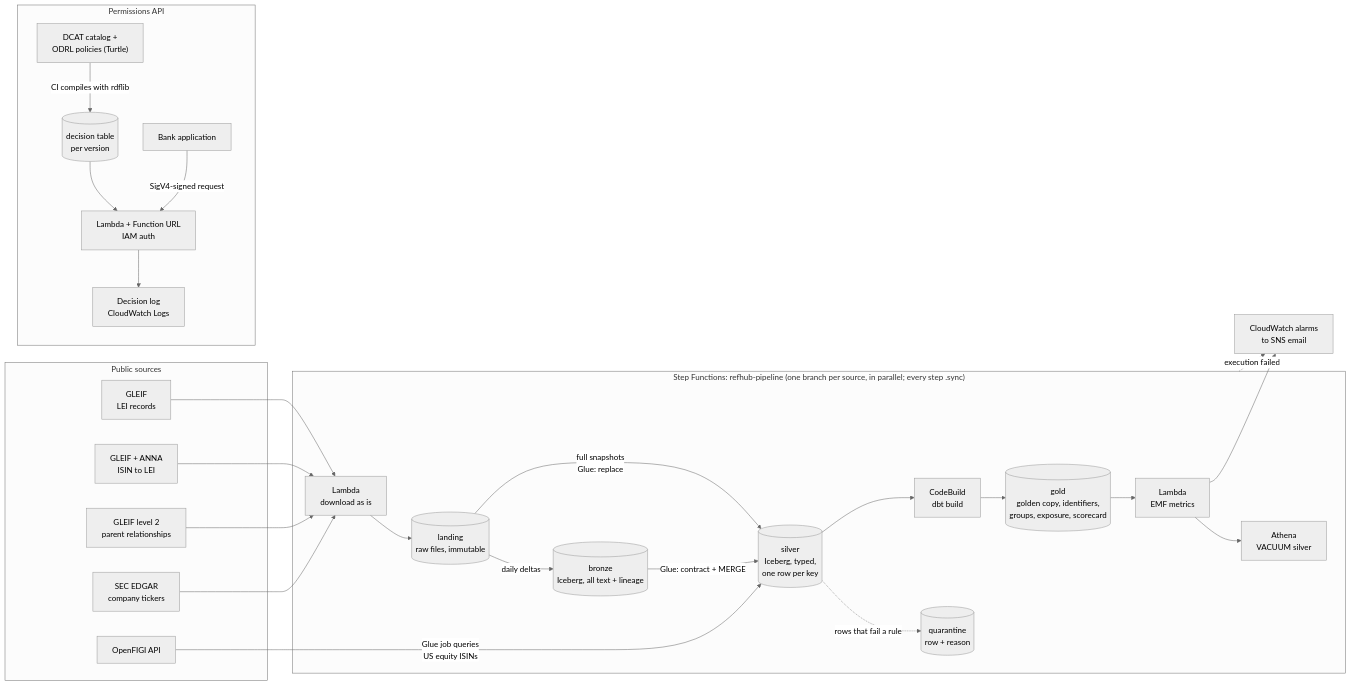
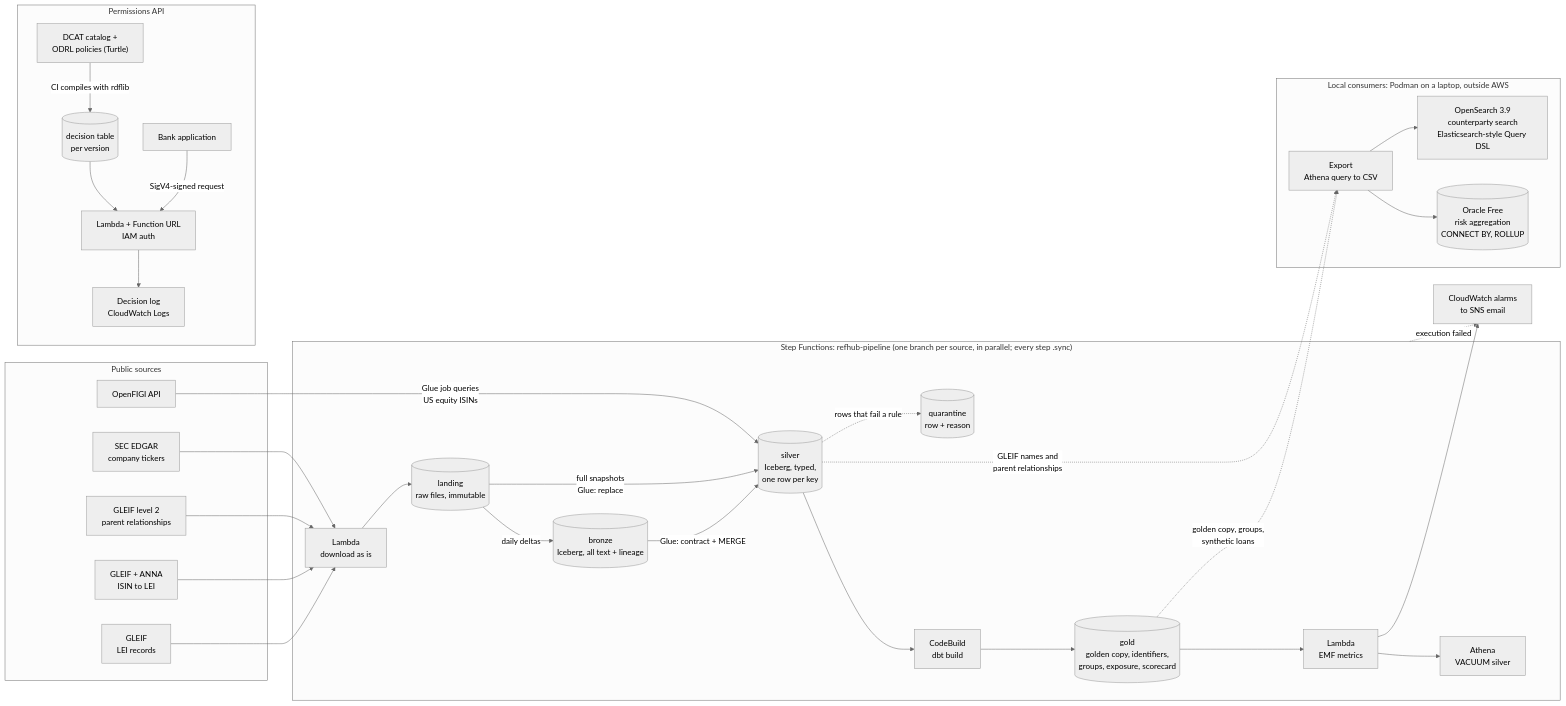
The diagram in README.md (LuisRodriguezzz/third-party-reference-data-hub), drawn with Mermaid (neutral theme) before and after one commit. The commit also changed other lines of this file and 1 other file, not shown here.

Commit message:
README: los consumidores locales (OpenSearch y Oracle) en el diagrama, y ADR 0014 aceptado (#34)
El diagrama de arquitectura no los mostraba: solo un párrafo más abajo. Ahora aparecen como lo
que son: fuera de AWS, en Podman, alimentados por una exportación de gold y silver.

````diff
--- a/README.md
+++ b/README.md
@@ -53,34 +53,42 @@
 ```mermaid
 flowchart LR
   subgraph sources["Public sources"]
     G["GLEIF<br/>LEI records"]
     IL["GLEIF + ANNA<br/>ISIN to LEI"]
     RR["GLEIF level 2<br/>parent relationships"]
     S["SEC EDGAR<br/>company tickers"]
     F["OpenFIGI API"]
   end
 
   subgraph pipeline["Step Functions: refhub-pipeline (one branch per source, in parallel; every step .sync)"]
     LA["Lambda<br/>download as is"] --> LD[("landing<br/>raw files, immutable")]
     LD -->|"daily deltas"| BR[("bronze<br/>Iceberg, all text + lineage")]
     BR -->|"Glue: contract + MERGE"| SV[("silver<br/>Iceberg, typed,<br/>one row per key")]
     LD -->|"full snapshots<br/>Glue: replace"| SV
     SV -.->|"rows that fail a rule"| QT[("quarantine<br/>row + reason")]
     SV --> CB["CodeBuild<br/>dbt build"]
     CB --> GD[("gold<br/>golden copy, identifiers,<br/>groups, exposure, scorecard")]
     GD --> MT["Lambda<br/>EMF metrics"]
     MT --> VC["Athena<br/>VACUUM silver"]
   end
 
   G & IL & RR & S --> LA
   F -->|"Glue job queries<br/>US equity ISINs"| SV
   MT --> CW["CloudWatch alarms<br/>to SNS email"]
   pipeline -.->|"execution failed"| CW
 
   subgraph permissions["Permissions API"]
     TTL["DCAT catalog +<br/>ODRL policies (Turtle)"] -->|"CI compiles with rdflib"| DJ[("decision table<br/>per version")]
     DJ --> API["Lambda + Function URL<br/>IAM auth"]
     APP["Bank application"] -->|"SigV4-signed request"| API
     API --> LOG["Decision log<br/>CloudWatch Logs"]
   end
+
+  subgraph local["Local consumers: Podman on a laptop, outside AWS"]
+    EX["Export<br/>Athena query to CSV"] --> OS["OpenSearch 3.9<br/>counterparty search<br/>Elasticsearch-style Query DSL"]
+    EX --> OR[("Oracle Free<br/>risk aggregation<br/>CONNECT BY, ROLLUP")]
+  end
+
+  GD -.->|"golden copy, groups,<br/>synthetic loans"| EX
+  SV -.->|"GLEIF names and<br/>parent relationships"| EX
 ```
````
